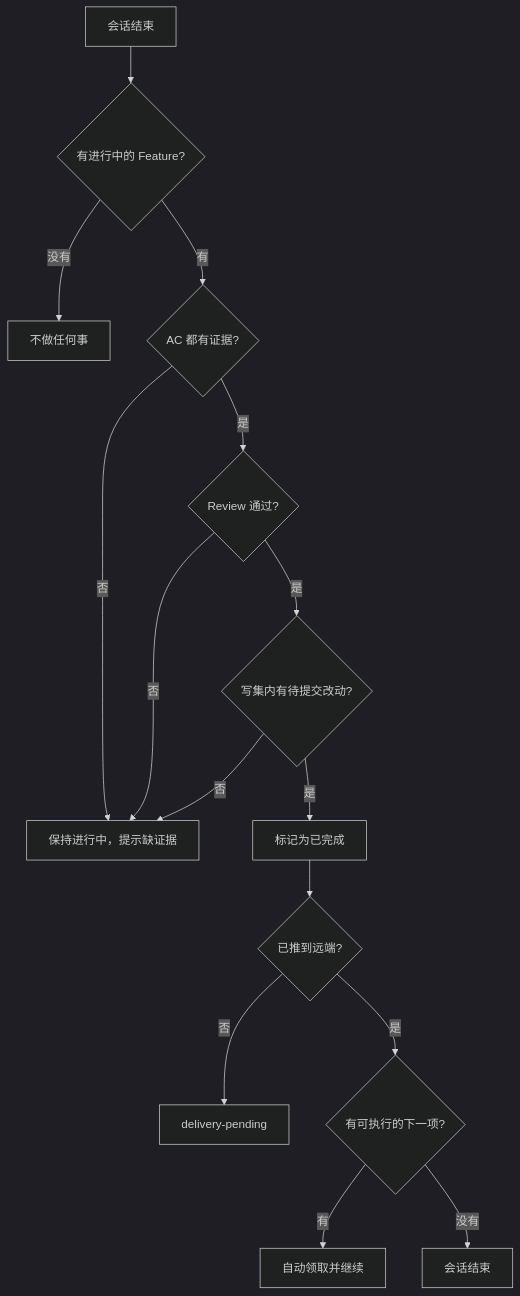
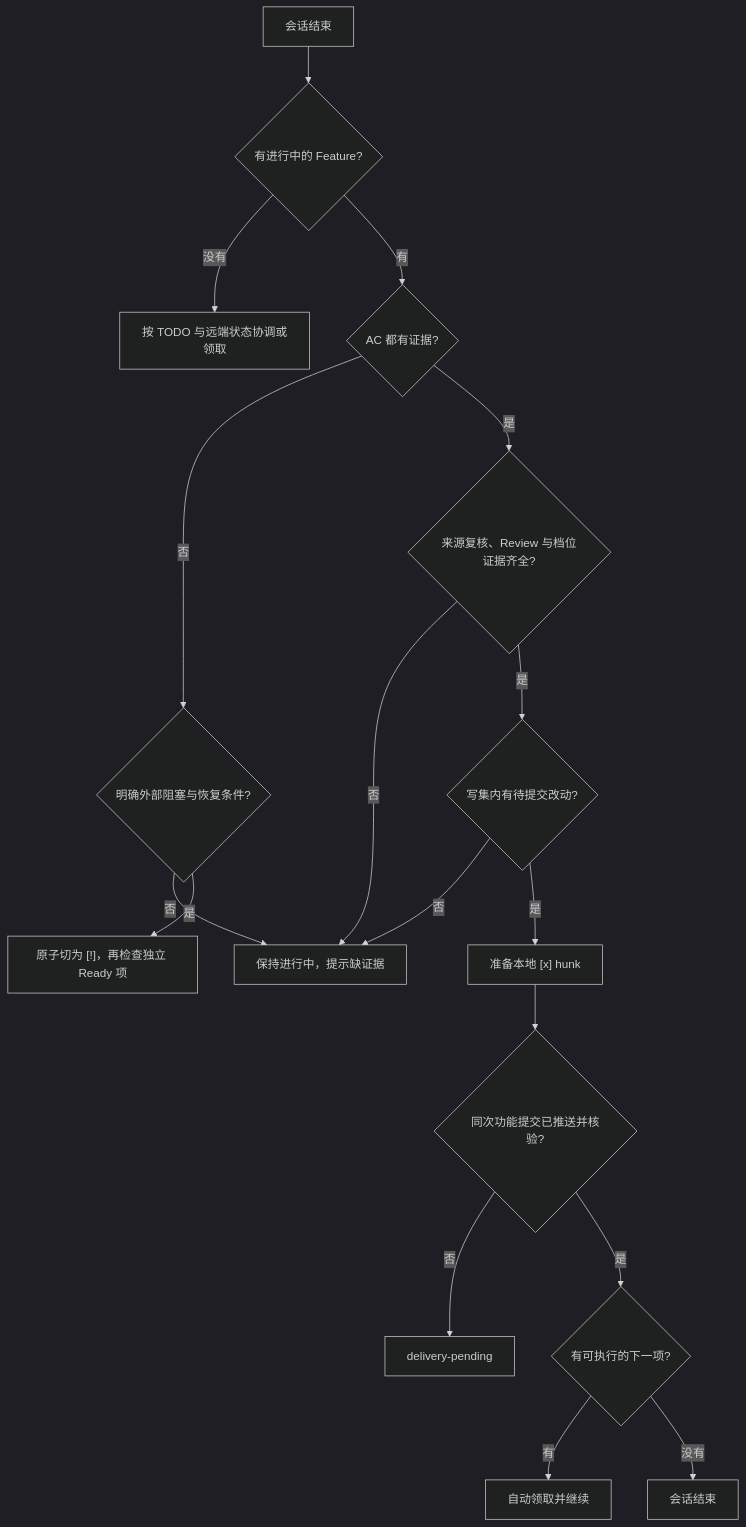
One commit to bald-head/deploy-docs changed the diagram in src/content/docs/skills/hooks/stop.mdx. Above: the diagram before and after it, drawn with Mermaid (dark theme). The commit also changed other lines of this file and 141 other files, not shown here.

````diff
--- a/src/content/docs/skills/hooks/stop.mdx
+++ b/src/content/docs/skills/hooks/stop.mdx
@@ -34,17 +35,19 @@
 ```mermaid
 graph TD
     A["会话结束"] --> B{"有进行中的 Feature?"}
-    B -->|没有| C["不做任何事"]
+    B -->|没有| C["按 TODO 与远端状态协调或领取"]
     B -->|有| D{"AC 都有证据?"}
-    D -->|否| E["保持进行中，提示缺证据"]
-    D -->|是| F{"Review 通过?"}
+    D -->|否| N{"明确外部阻塞与恢复条件?"}
+    N -->|否| E["保持进行中，提示缺证据"]
+    N -->|是| O["原子切为 [!]，再检查独立 Ready 项"]
+    D -->|是| F{"来源复核、Review 与档位证据齐全?"}
     F -->|否| E
     F -->|是| G{"写集内有待提交改动?"}
     G -->|否| E
-    G -->|是| H["标记为已完成"]
-    H --> I{"已推到远端?"}
+    G -->|是| H["准备本地 [x] hunk"]
+    H --> I{"同次功能提交已推送并核验?"}
     I -->|否| J["delivery-pending"]
     I -->|是| K{"有可执行的下一项?"}
     K -->|有| L["自动领取并继续"]
     K -->|没有| M["会话结束"]
 ```
````
